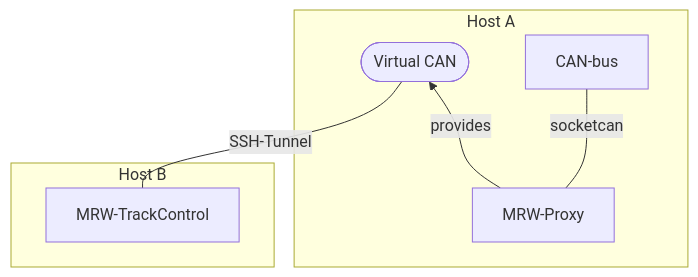
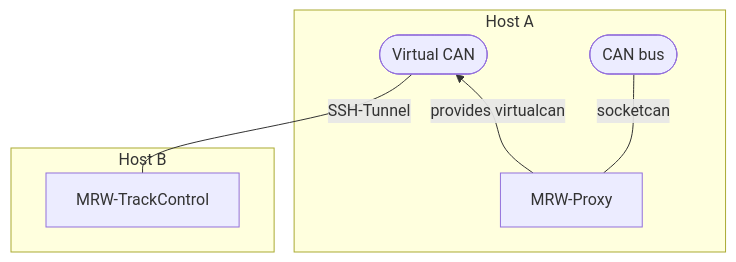
Before and after one commit to stmork/mrw-track-control-ng: the second of 3 diagrams in track-control/README.md, drawn with Mermaid. The commit also changed other lines of this file, not shown here.

````diff
--- a/track-control/README.md
+++ b/track-control/README.md
@@ -89,11 +90,13 @@
 ```mermaid
 flowchart BT
 	subgraph Host A
 		vcan([Virtual CAN])
-		MRW-Proxy -- socketcan --- CAN-bus
-		MRW-Proxy -->|provides|vcan
+		can([CAN bus])
+
+		MRW-Proxy -- socketcan --- can
+		MRW-Proxy -->|provides virtualcan|vcan
 		end
 		subgraph Host B
 		MRW-TrackControl-- SSH-Tunnel ---vcan
 	end
 ```
````
